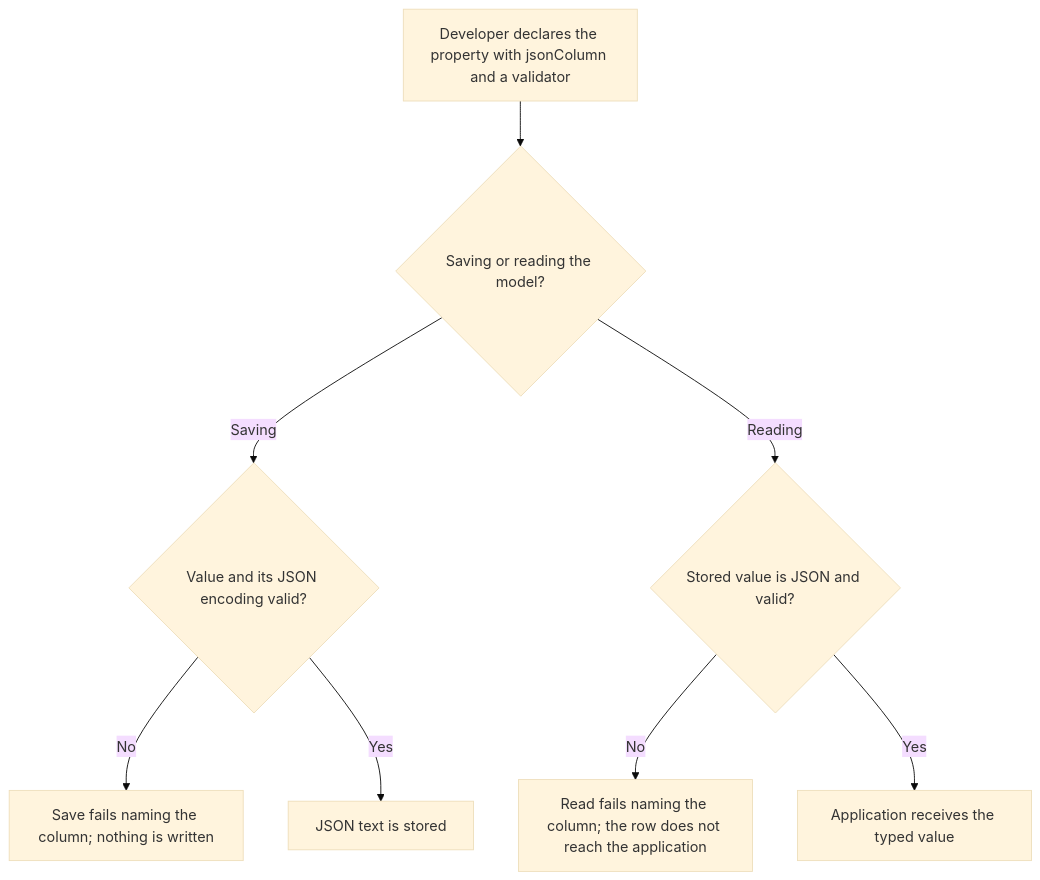
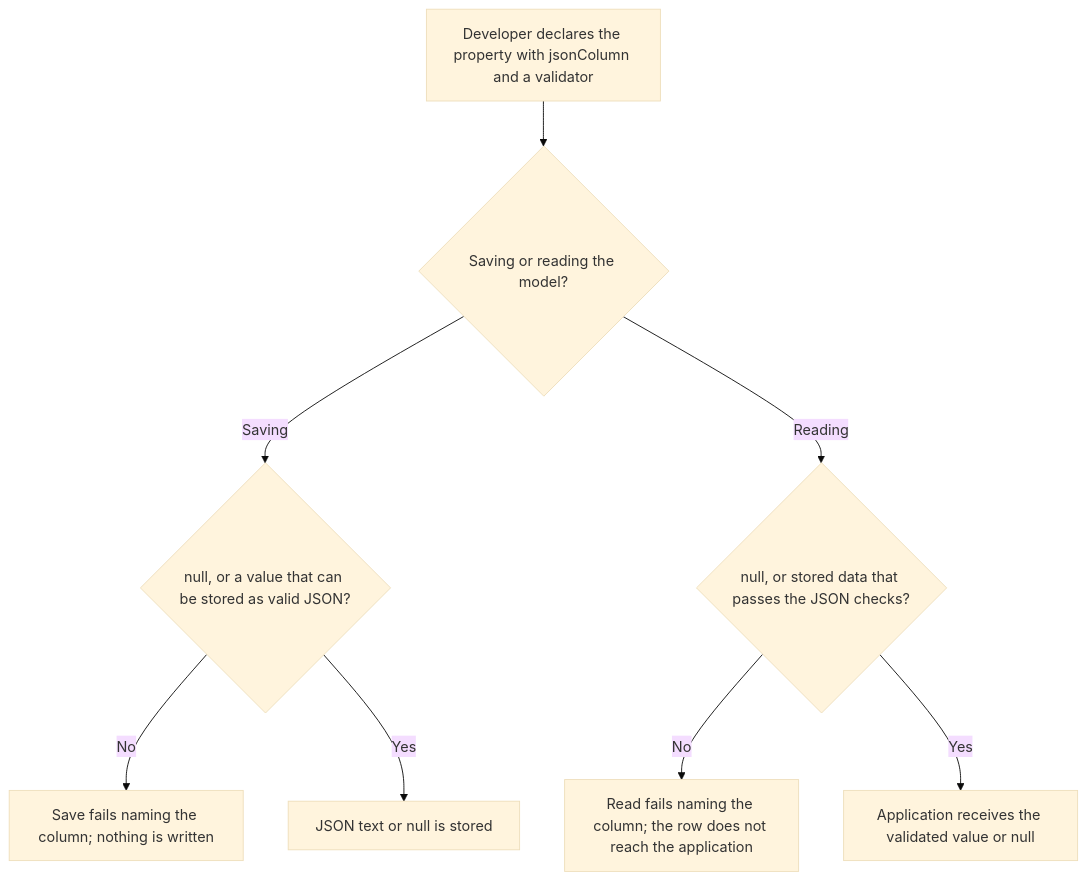
Before and after one commit to Kevinjohn/oss-adonisjs-lucid-checked-columns: the first of 2 diagrams in user-stories/US-COLUMN-01-store-checked-json.md, drawn with Mermaid (base theme). The commit also changed other lines of this file and 5 other files, not shown here.

````diff
--- a/user-stories/US-COLUMN-01-store-checked-json.md
+++ b/user-stories/US-COLUMN-01-store-checked-json.md
@@ -28,10 +28,10 @@
 ```mermaid
 flowchart TD
     A["Developer declares the property with jsonColumn and a validator"] --> B{"Saving or reading the model?"}
-    B -->|Saving| C{"Value and its JSON encoding valid?"}
+    B -->|Saving| C{"null, or a value that can be stored as valid JSON?"}
     C -->|No| D["Save fails naming the column; nothing is written"]
-    C -->|Yes| E["JSON text is stored"]
-    B -->|Reading| F{"Stored value is JSON and valid?"}
+    C -->|Yes| E["JSON text or null is stored"]
+    B -->|Reading| F{"null, or stored data that passes the JSON checks?"}
     F -->|No| G["Read fails naming the column; the row does not reach the application"]
-    F -->|Yes| H["Application receives the typed value"]
+    F -->|Yes| H["Application receives the validated value or null"]
 ```
````
